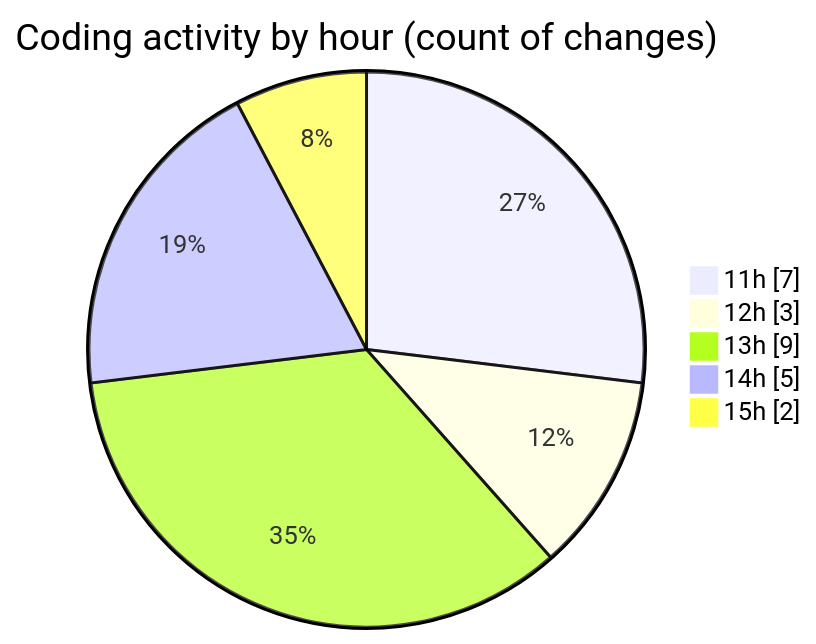
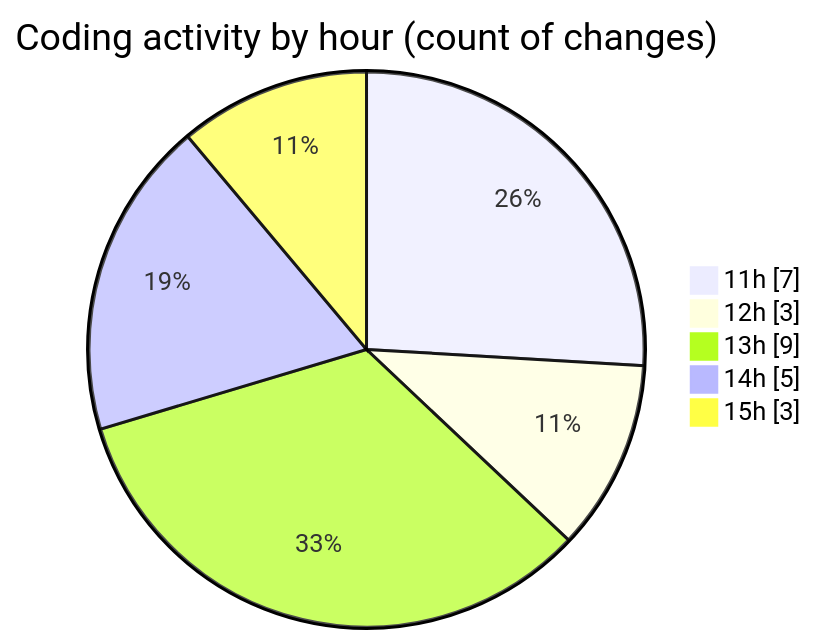
One commit to julien-gomy/code-tracking changed the second of 2 diagrams in 2025-10-20/usr_aleoudev_fr__workspace_/README.md. Above: the diagram before and after it, drawn with Mermaid. The commit also changed other lines of this file and 1 other file, not shown here.

````diff
--- a/2025-10-20/usr_aleoudev_fr__workspace_/README.md
+++ b/2025-10-20/usr_aleoudev_fr__workspace_/README.md
@@ -32,9 +32,9 @@
 ```mermaid
 pie showData
 title Coding activity by hour (count of changes)
 "11h" : 7
 "12h" : 3
 "13h" : 9
 "14h" : 5
-"15h" : 2
+"15h" : 3
 ```
````
